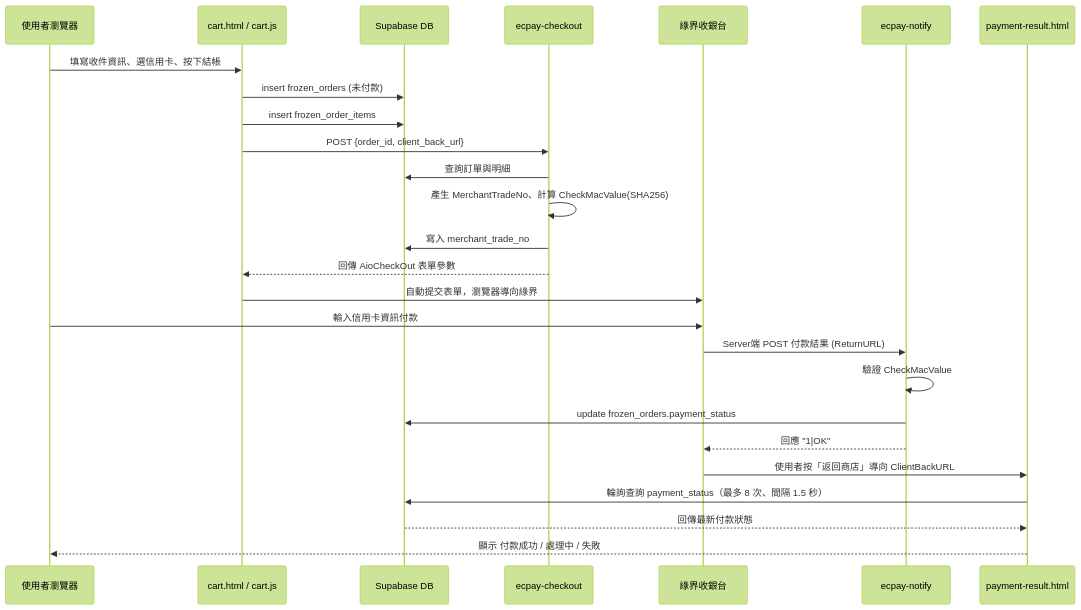
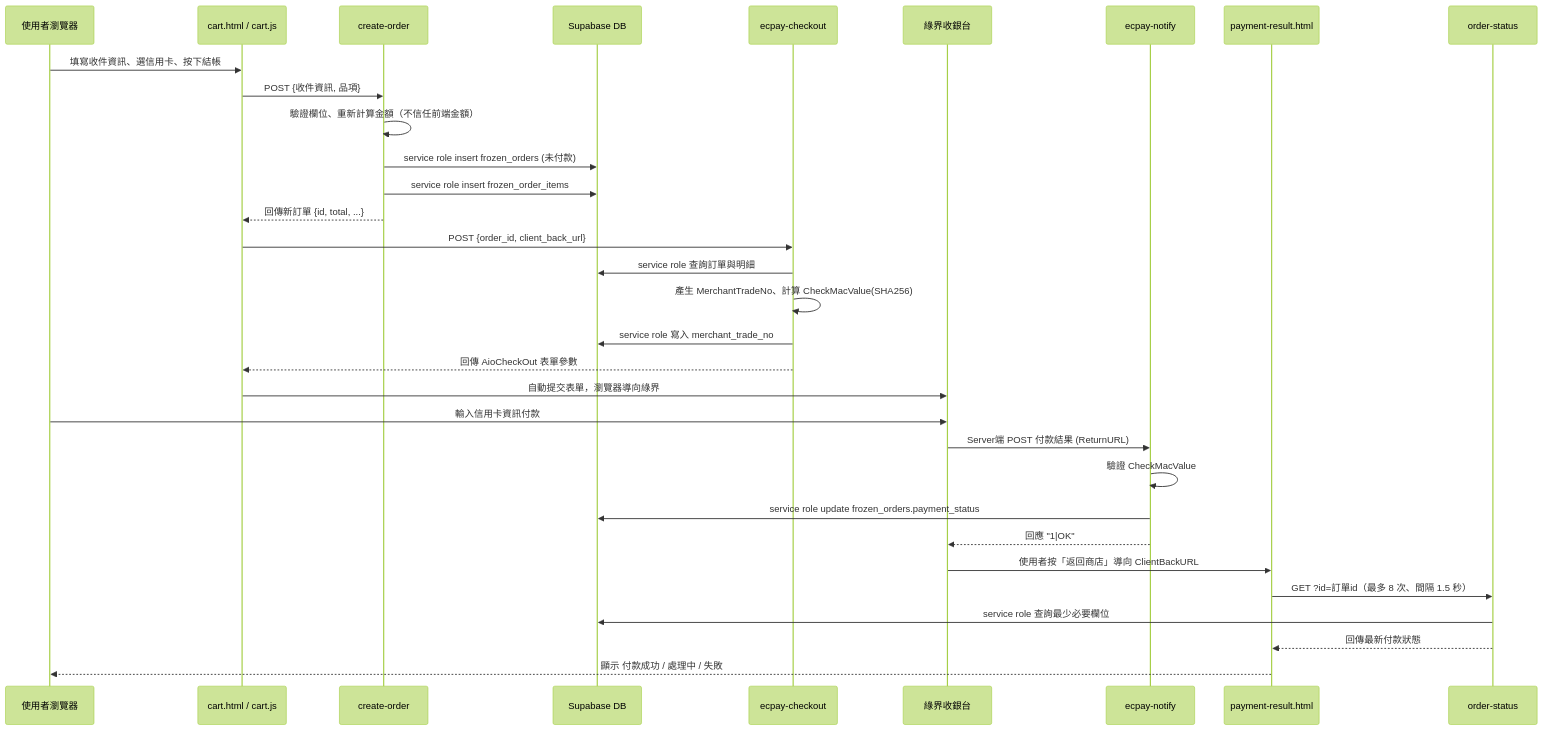
One commit to HankHsu1969/e-SHOP changed the third of 3 diagrams in ARCHITECTURE.md. Above: the diagram before and after it, drawn with Mermaid (forest theme). The commit also changed other lines of this file and 6 other files, not shown here.

First line of the commit message:
收緊 frozen_orders/order_items 的 RLS，訂單存取改走 Edge Functions

````diff
--- a/ARCHITECTURE.md
+++ b/ARCHITECTURE.md
@@ -187,29 +206,35 @@
 ```mermaid
 sequenceDiagram
     participant U as 使用者瀏覽器
     participant C as cart.html / cart.js
+    participant F0 as create-order
     participant D as Supabase DB
     participant F1 as ecpay-checkout
     participant E as 綠界收銀台
     participant F2 as ecpay-notify
     participant P as payment-result.html
+    participant FS as order-status
 
     U->>C: 填寫收件資訊、選信用卡、按下結帳
-    C->>D: insert frozen_orders (未付款)
-    C->>D: insert frozen_order_items
+    C->>F0: POST {收件資訊, 品項}
+    F0->>F0: 驗證欄位、重新計算金額（不信任前端金額）
+    F0->>D: service role insert frozen_orders (未付款)
+    F0->>D: service role insert frozen_order_items
+    F0-->>C: 回傳新訂單 {id, total, ...}
     C->>F1: POST {order_id, client_back_url}
-    F1->>D: 查詢訂單與明細
+    F1->>D: service role 查詢訂單與明細
     F1->>F1: 產生 MerchantTradeNo、計算 CheckMacValue(SHA256)
-    F1->>D: 寫入 merchant_trade_no
+    F1->>D: service role 寫入 merchant_trade_no
     F1-->>C: 回傳 AioCheckOut 表單參數
     C->>E: 自動提交表單，瀏覽器導向綠界
     U->>E: 輸入信用卡資訊付款
     E->>F2: Server端 POST 付款結果 (ReturnURL)
     F2->>F2: 驗證 CheckMacValue
-    F2->>D: update frozen_orders.payment_status
+    F2->>D: service role update frozen_orders.payment_status
     F2-->>E: 回應 "1|OK"
     E->>P: 使用者按「返回商店」導向 ClientBackURL
-    P->>D: 輪詢查詢 payment_status（最多 8 次、間隔 1.5 秒）
-    D-->>P: 回傳最新付款狀態
+    P->>FS: GET ?id=訂單id（最多 8 次、間隔 1.5 秒）
+    FS->>D: service role 查詢最少必要欄位
+    FS-->>P: 回傳最新付款狀態
     P-->>U: 顯示 付款成功 / 處理中 / 失敗
 ```
````
